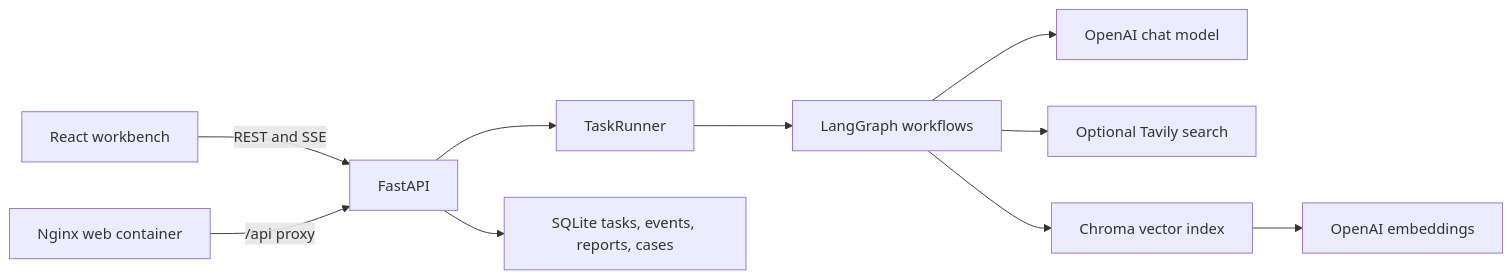
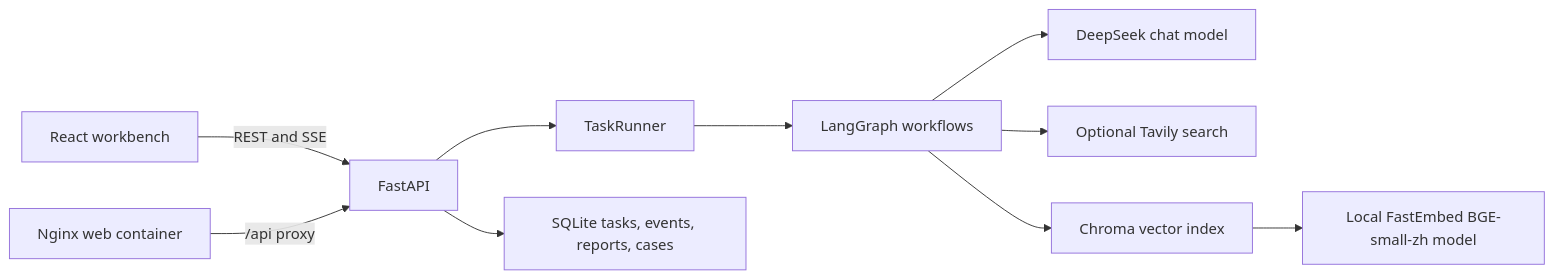
The diagram in docs/architecture.md (zhangwei159753/converter-engineering-copilot), drawn with Mermaid before and after one commit. The commit also changed other lines of this file and 12 other files, not shown here.

Commit message:
feat: switch converter copilot to DeepSeek

````diff
--- a/docs/architecture.md
+++ b/docs/architecture.md
@@ -5,12 +5,12 @@
 ```mermaid
 flowchart LR
   Browser[React workbench] -->|REST and SSE| API[FastAPI]
   API --> Runner[TaskRunner]
   Runner --> Graph[LangGraph workflows]
-  Graph --> Model[OpenAI chat model]
+  Graph --> Model[DeepSeek chat model]
   Graph --> Search[Optional Tavily search]
   Graph --> Chroma[Chroma vector index]
   API --> SQLite[SQLite tasks, events, reports, cases]
-  Chroma --> Embeddings[OpenAI embeddings]
+  Chroma --> Embeddings[Local FastEmbed BGE-small-zh model]
   WebContainer[Nginx web container] -->|/api proxy| API
 ```
````
